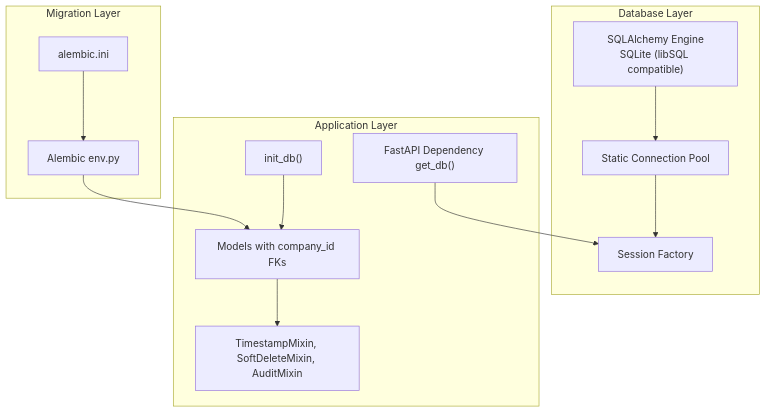
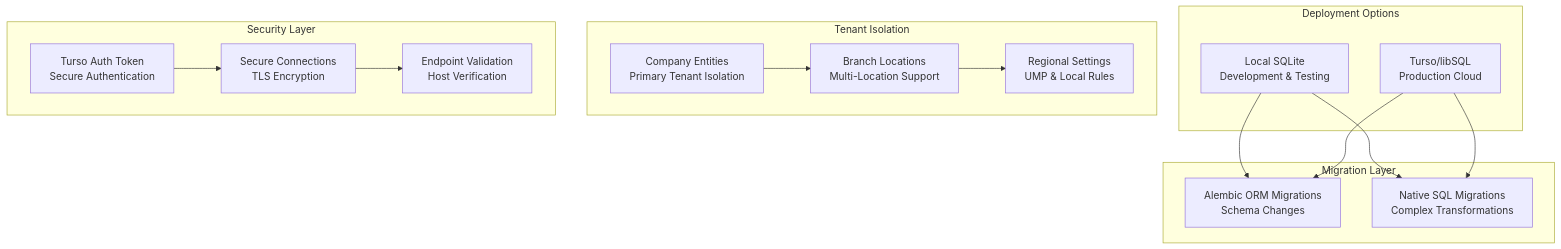
One commit to bikinaplikasipakeqoder-dot/payroll-hris changed the second of 6 diagrams in .qoder/repowiki/en/content/Database Configuration.md. Above: the diagram before and after it, drawn with Mermaid. The commit also changed other lines of this file and 22 other files, not shown here.

````diff
--- a/.qoder/repowiki/en/content/Database Configuration.md
+++ b/.qoder/repowiki/en/content/Database Configuration.md
@@ -91,25 +118,29 @@
 ```mermaid
 graph TB
-subgraph "Database Layer"
-ENGINE["SQLAlchemy Engine<br/>SQLite (libSQL compatible)"]
-POOL["Static Connection Pool"]
-SESSION["Session Factory"]
-end
-subgraph "Application Layer"
-GETDB["FastAPI Dependency get_db()"]
-INIT["init_db()"]
-MODELS["Models with company_id FKs"]
-MIXINS["TimestampMixin, SoftDeleteMixin, AuditMixin"]
+subgraph "Deployment Options"
+LOCAL["Local SQLite<br/>Development & Testing"]
+CLOUD["Turso/libSQL<br/>Production Cloud"]
 end
 subgraph "Migration Layer"
-AENV["Alembic env.py"]
-AINI["alembic.ini"]
+ALEMBIC["Alembic ORM Migrations<br/>Schema Changes"]
+NATIVE_SQL["Native SQL Migrations<br/>Complex Transformations"]
 end
-ENGINE --> POOL
-POOL --> SESSION
-GETDB --> SESSION
-INIT --> MODELS
-MODELS --> MIXINS
-AENV --> MODELS
-AINI --> AENV
+subgraph "Tenant Isolation"
+COMPANY["Company Entities<br/>Primary Tenant Isolation"]
+BRANCHES["Branch Locations<br/>Multi-Location Support"]
+REGIONAL["Regional Settings<br/>UMP & Local Rules"]
+end
+subgraph "Security Layer"
+AUTH_TOKEN["Turso Auth Token<br/>Secure Authentication"]
+SSL["Secure Connections<br/>TLS Encryption"]
+ENDPOINT["Endpoint Validation<br/>Host Verification"]
+end
+LOCAL --> ALEMBIC
+CLOUD --> ALEMBIC
+LOCAL --> NATIVE_SQL
+CLOUD --> NATIVE_SQL
+COMPANY --> BRANCHES
+BRANCHES --> REGIONAL
+AUTH_TOKEN --> SSL
+SSL --> ENDPOINT
 ```
````
